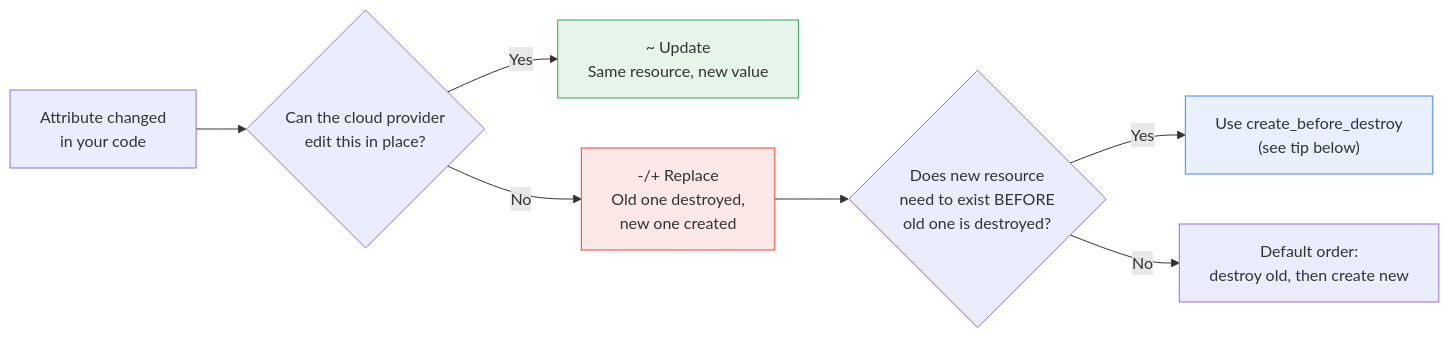
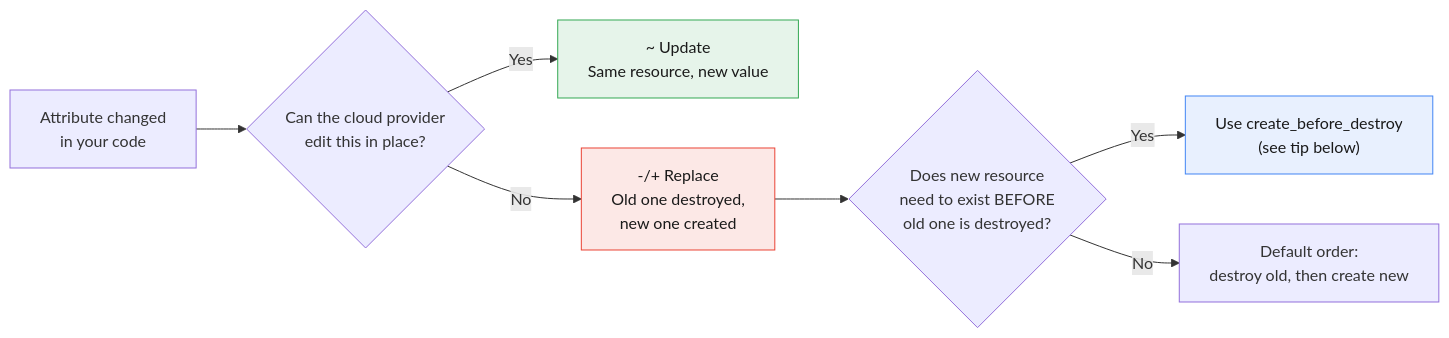
Before and after one commit to OGTechStories/developer-roadmap: the second of 3 diagrams in docs/Roadmaps/devops-cloud/infrastructure-as-code-terraform/terraform/04-terraform-tags-safteynets.md, drawn with Mermaid. The commit also changed other lines of this file and 7 other files, not shown here.

````diff
--- a/docs/Roadmaps/devops-cloud/infrastructure-as-code-terraform/terraform/04-terraform-tags-safteynets.md
+++ b/docs/Roadmaps/devops-cloud/infrastructure-as-code-terraform/terraform/04-terraform-tags-safteynets.md
@@ -270,13 +324,13 @@
 ```mermaid
 flowchart LR
     A["Attribute changed<br/>in your code"] --> B{Can the cloud provider<br/>edit this in place?}
     B -- Yes --> C["~ Update<br/>Same resource, new value"]
     B -- No --> D["-/+ Replace<br/>Old one destroyed,<br/>new one created"]
     D --> E{Does new resource<br/>need to exist BEFORE<br/>old one is destroyed?}
     E -- Yes --> F["Use create_before_destroy<br/>(see tip below)"]
     E -- No --> G["Default order:<br/>destroy old, then create new"]
 
-    style C fill:#e6f4ea,stroke:#34a853
-    style D fill:#fce8e6,stroke:#ea4335
-    style F fill:#e8f0fe,stroke:#4285f4
+    style C fill:#e6f4ea,stroke:#34a853,color:#1a1a1a
+    style D fill:#fce8e6,stroke:#ea4335,color:#1a1a1a
+    style F fill:#e8f0fe,stroke:#4285f4,color:#1a1a1a
 ```
````
